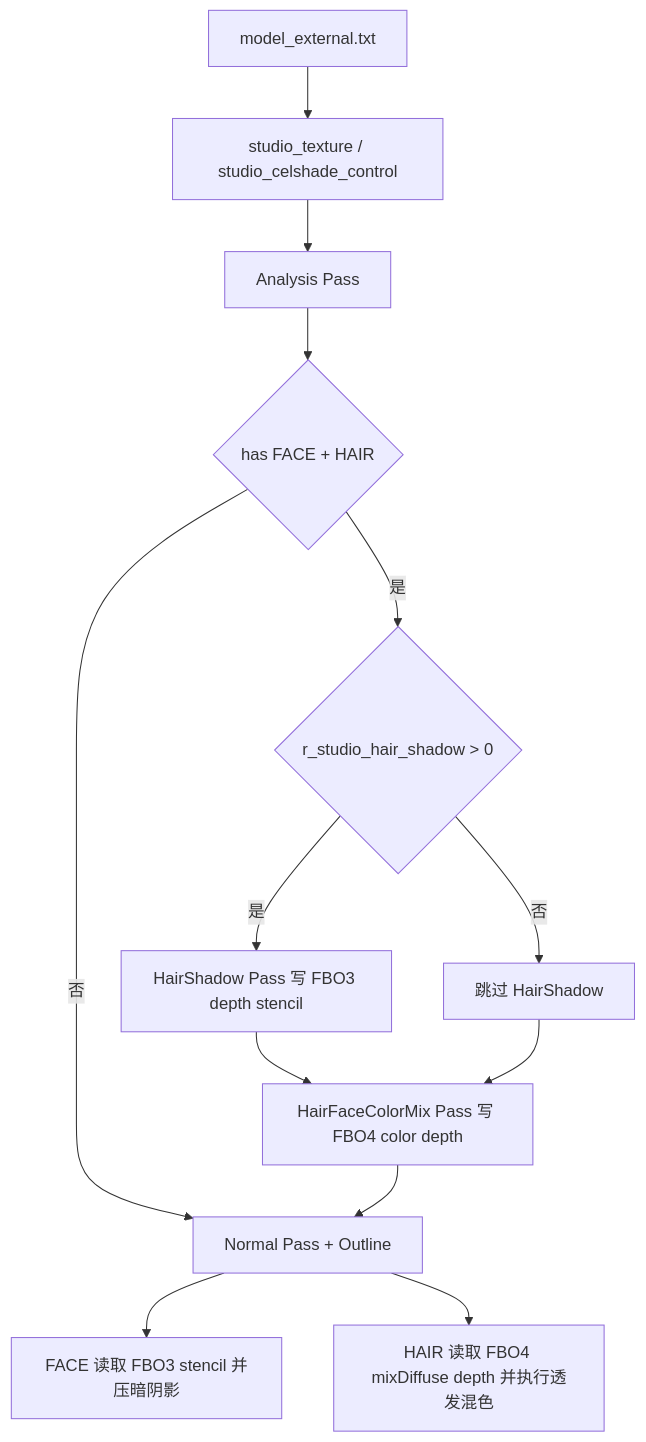
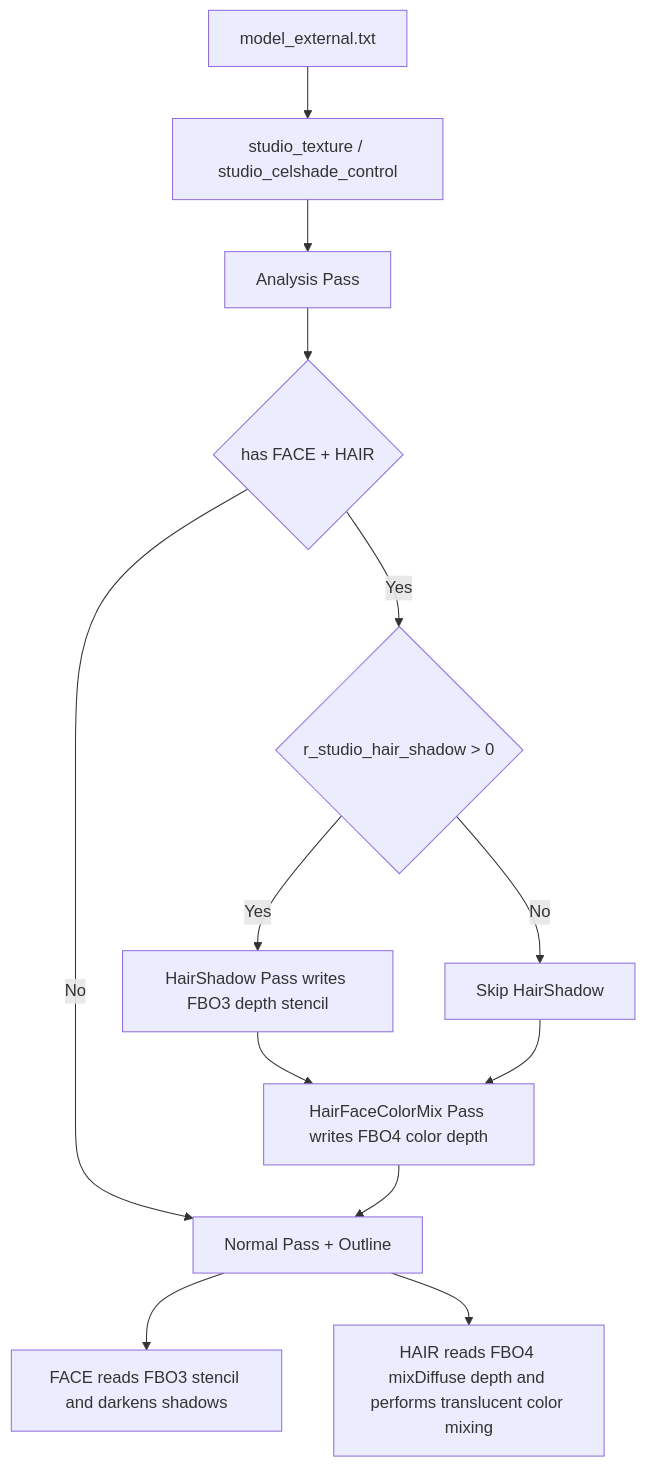
Before and after one commit to hzqst/MetaHookSv: the diagram in memory/Celshade.md, drawn with Mermaid. The commit also changed other lines of this file and 47 other files, not shown here.

````diff
--- a/memory/Celshade.md
+++ b/memory/Celshade.md
@@ -40,15 +40,15 @@
 ```mermaid
 flowchart TD
     A["model_external.txt"] --> B["studio_texture / studio_celshade_control"]
     B --> C["Analysis Pass"]
     C --> D{"has FACE + HAIR"}
-    D -- "否" --> E["Normal Pass + Outline"]
-    D -- "是" --> F{"r_studio_hair_shadow > 0"}
-    F -- "是" --> G["HairShadow Pass 写 FBO3 depth stencil"]
-    F -- "否" --> H["跳过 HairShadow"]
-    G --> I["HairFaceColorMix Pass 写 FBO4 color depth"]
+    D -- "No" --> E["Normal Pass + Outline"]
+    D -- "Yes" --> F{"r_studio_hair_shadow > 0"}
+    F -- "Yes" --> G["HairShadow Pass writes FBO3 depth stencil"]
+    F -- "No" --> H["Skip HairShadow"]
+    G --> I["HairFaceColorMix Pass writes FBO4 color depth"]
     H --> I
     I --> E
-    E --> J["FACE 读取 FBO3 stencil 并压暗阴影"]
-    E --> K["HAIR 读取 FBO4 mixDiffuse depth 并执行透发混色"]
+    E --> J["FACE reads FBO3 stencil and darkens shadows"]
+    E --> K["HAIR reads FBO4 mixDiffuse depth and performs translucent color mixing"]
 ```
````
